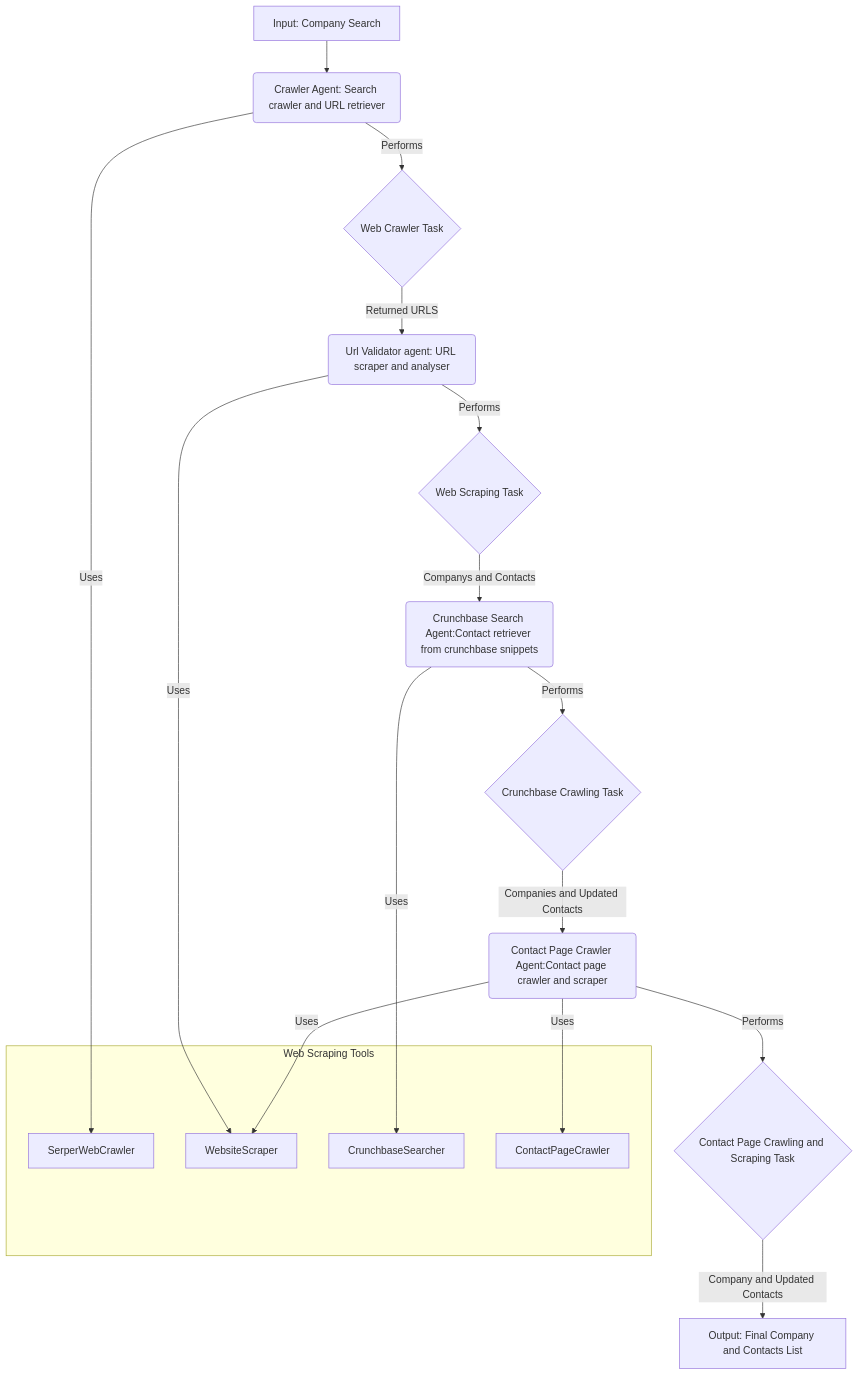
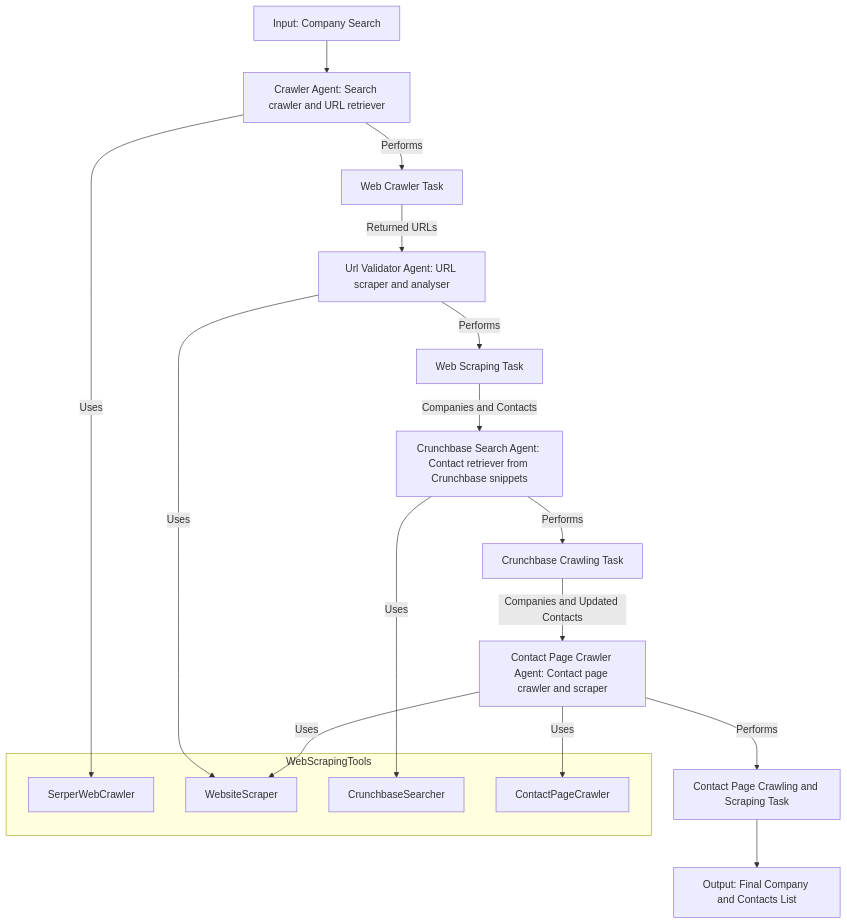
One commit to masumi-network/crewai-masumi-reference-implementations changed the diagram in crewai-company-finder-agent/README.md. Above: the diagram before and after it, drawn with Mermaid.

Commit message:
changed format of mermaid graph

````diff
--- a/crewai-company-finder-agent/README.md
+++ b/crewai-company-finder-agent/README.md
@@ -5,33 +5,31 @@
 ```mermaid
 graph TD
-    A[Input: Company Search] --> CA(Crawler Agent: Search crawler and URL retriever);
+    A[Input: Company Search] --> CA[Crawler Agent: Search crawler and URL retriever]
 
-    subgraph "Web Scraping Tools"
+    subgraph WebScrapingTools
         T1[SerperWebCrawler]
         T2[WebsiteScraper]
         T3[CrunchbaseSearcher]
         T4[ContactPageCrawler]
     end
 
-    CA -- Uses --> T1;
-    CA -- Performs --> WBT{Web Crawler Task};
+    CA -->|Uses| T1
+    CA -->|Performs| WBT[Web Crawler Task]
+    WBT -->|Returned URLs| UV[Url Validator Agent: URL scraper and analyser]
 
-    WBT -- Returned URLS --> UV(Url Validator agent: URL scraper and analyser);
-    UV -- Uses --> T2;
-    UV -- Performs --> WST{Web Scraping Task};
+    UV -->|Uses| T2
+    UV -->|Performs| WST[Web Scraping Task]
 
-    WST -- Companys and Contacts --> CS(Crunchbase Search Agent:Contact retriever from crunchbase snippets);
-    
+    WST -->|Companies and Contacts| CS[Crunchbase Search Agent: Contact retriever from Crunchbase snippets]
+    CS -->|Uses| T3
+    CS -->|Performs| CCT[Crunchbase Crawling Task]
 
-    CS -- Uses --> T3;
-    CS -- Performs --> CCT{Crunchbase Crawling Task};
+    CCT -->|Companies and Updated Contacts| CPC[Contact Page Crawler Agent: Contact page crawler and scraper]
 
-    CCT -- Companies and Updated Contacts --> CPC(Contact Page Crawler Agent:Contact page crawler and scraper);
+    CPC -->|Uses| T4
+    CPC -->|Uses| T2
+    CPC -->|Performs| CPS[Contact Page Crawling and Scraping Task]
 
-    CPC -- Uses --> T4;
-    CPC -- Uses --> T2;
+    CPS --> FL[Output: Final Company and Contacts List]
 
-    CPC -- Performs --> CPS{Contact Page Crawling and Scraping Task};
-    CPS -- Company and Updated Contacts --> FL[Output: Final Company and Contacts List];
-    
 ```
````
